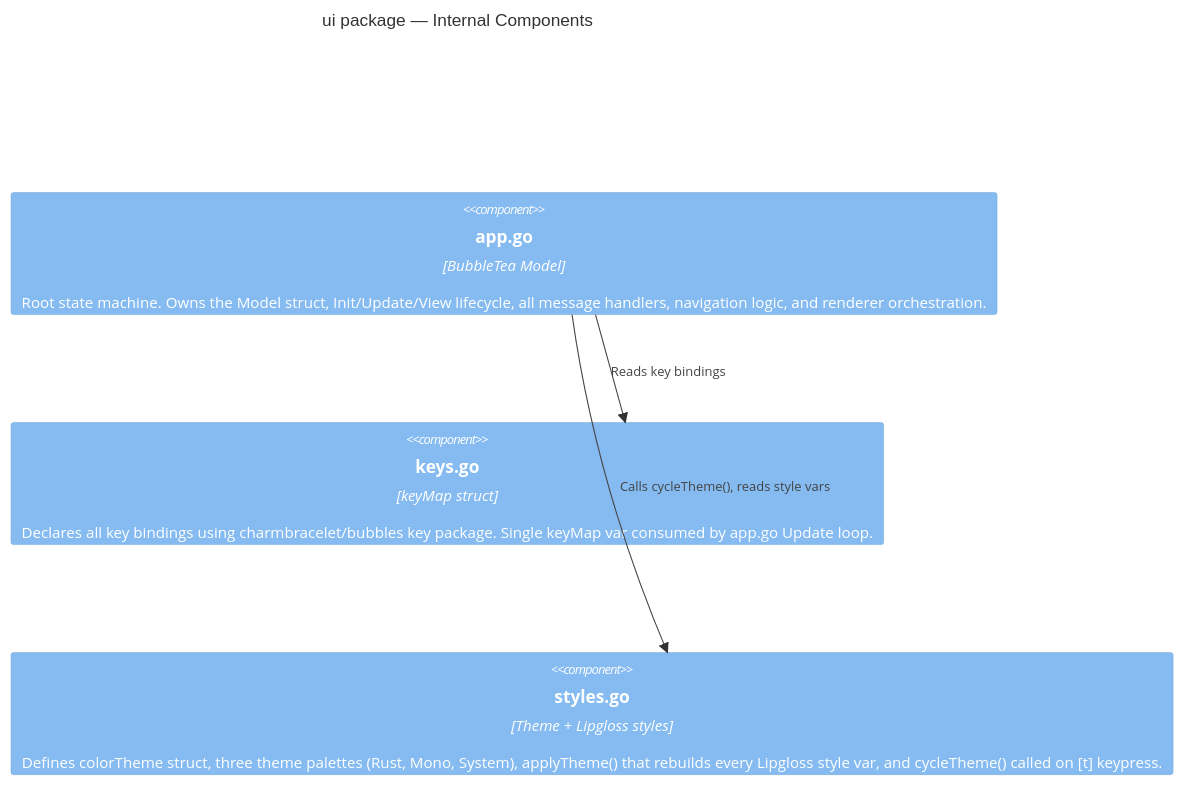
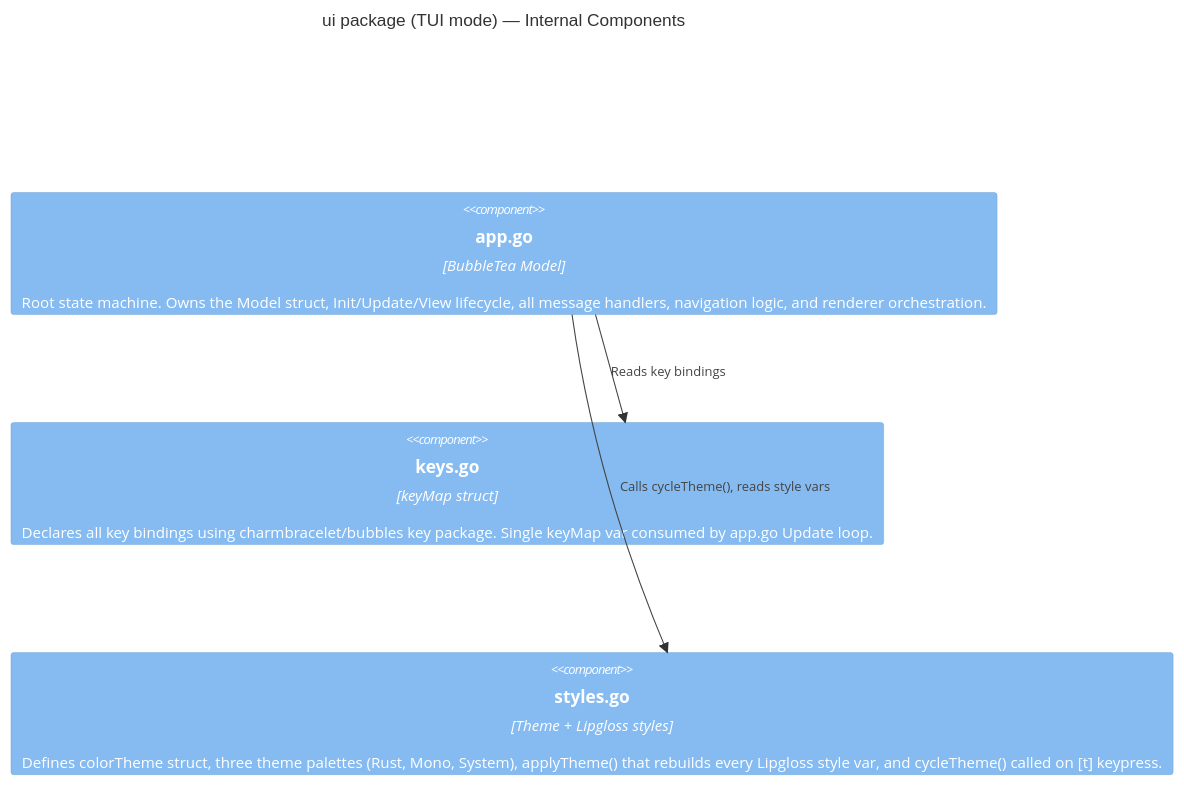
One commit to schneik80/fusionlocalserver changed the third of 8 diagrams in docs/architecture.md. Above: the diagram before and after it, drawn with Mermaid. The commit also changed other lines of this file and 56 other files, not shown here.

````diff
--- a/docs/architecture.md
+++ b/docs/architecture.md
@@ -79,11 +114,11 @@
 ```mermaid
 C4Component
-    title ui package — Internal Components
+    title ui package (TUI mode) — Internal Components
 
     Component(app, "app.go", "BubbleTea Model", "Root state machine. Owns the Model struct, Init/Update/View lifecycle, all message handlers, navigation logic, and renderer orchestration.")
     Component(keys, "keys.go", "keyMap struct", "Declares all key bindings using charmbracelet/bubbles key package. Single keyMap var consumed by app.go Update loop.")
     Component(styles, "styles.go", "Theme + Lipgloss styles", "Defines colorTheme struct, three theme palettes (Rust, Mono, System), applyTheme() that rebuilds every Lipgloss style var, and cycleTheme() called on [t] keypress.")
 
     Rel(app, keys, "Reads key bindings")
     Rel(app, styles, "Calls cycleTheme(), reads style vars")
 ```
````
